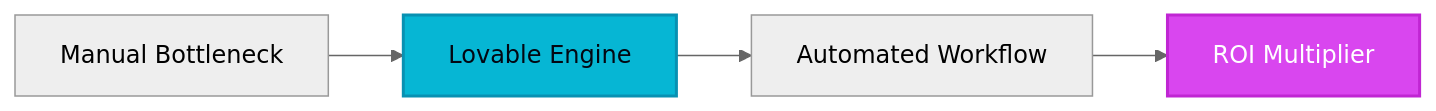
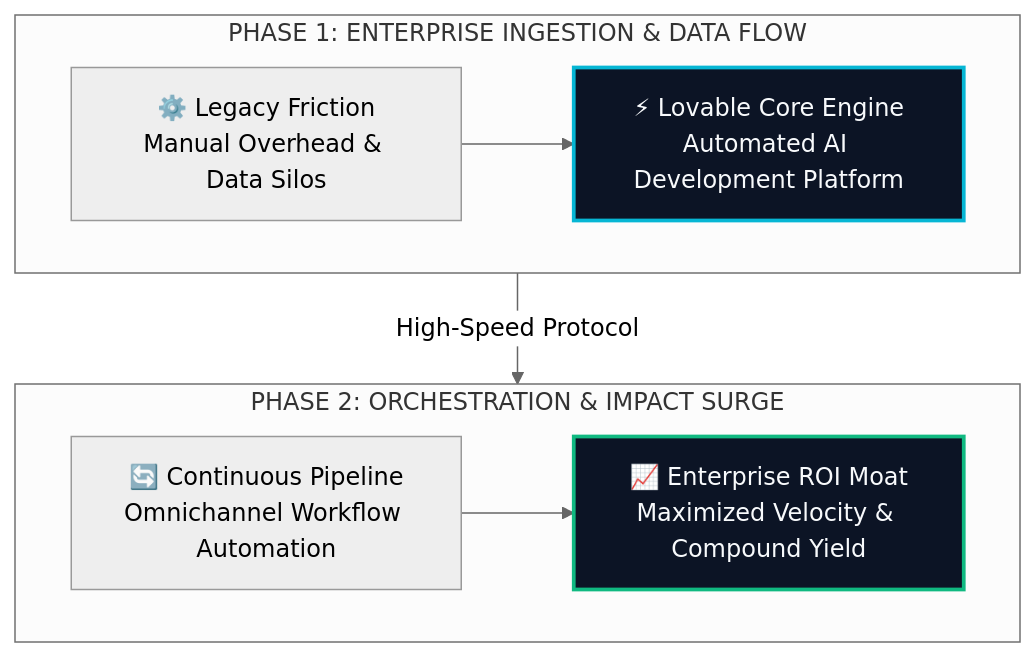
The diagram in site/src/content/blog/lovable-evolution-guide-2026.md (heliatech-media/saas-radar), drawn with Mermaid (neutral theme) before and after one commit. The commit also changed 97 other files, not shown here.

First line of the commit message:
feat(diagrams): upgrade all article architecture schemas to high-impact 2-tier responsive vector blueprints

````diff
--- a/site/src/content/blog/lovable-evolution-guide-2026.md
+++ b/site/src/content/blog/lovable-evolution-guide-2026.md
@@ -51,8 +51,14 @@
 ```mermaid
-flowchart LR
-    A[Manual Bottleneck] --> B[Lovable Engine]
-    B --> C[Automated Workflow]
-    C --> D[ROI Multiplier]
-    style B fill:#06b6d4,stroke:#0891b2,stroke-width:2px,color:#030712
-    style D fill:#d946ef,stroke:#c026d3,stroke-width:2px,color:#ffffff
+flowchart TD
+    subgraph S1["PHASE 1: ENTERPRISE INGESTION & DATA FLOW"]
+        direction LR
+        A["⚙️ Legacy Friction<br/>Manual Overhead & Data Silos"] --> B["⚡ Lovable Core Engine<br/>Automated AI Development Platform"]
+    end
+    subgraph S2["PHASE 2: ORCHESTRATION & IMPACT SURGE"]
+        direction LR
+        C["🔄 Continuous Pipeline<br/>Omnichannel Workflow Automation"] --> D["📈 Enterprise ROI Moat<br/>Maximized Velocity & Compound Yield"]
+    end
+    S1 -->|High-Speed Protocol| S2
+    style B fill:#0c1425,stroke:#06b6d4,stroke-width:2.5px,color:#f8fafc
+    style D fill:#0c1425,stroke:#10b981,stroke-width:2.5px,color:#f8fafc
 ```
````
